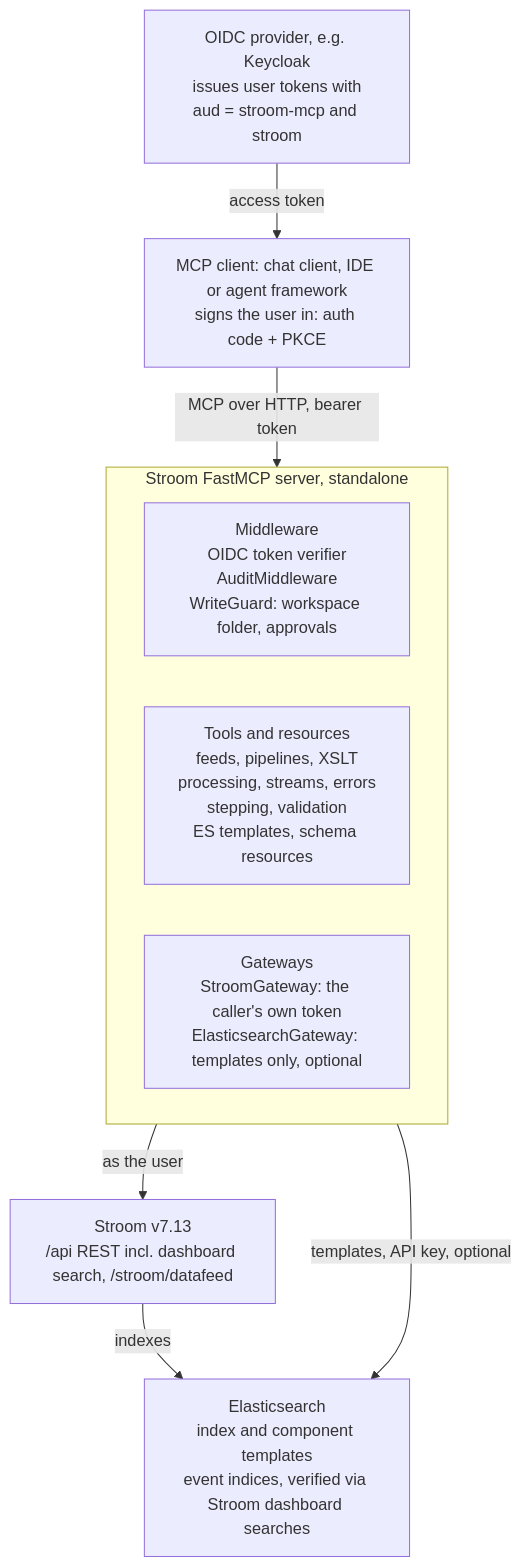
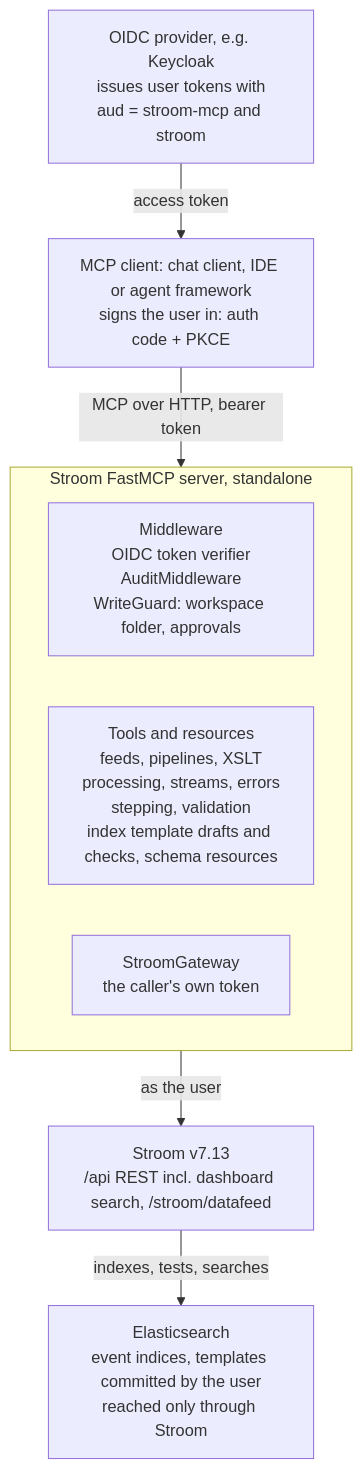
One commit to gradata-systems/stroom-fastmcp-server changed the second of 2 diagrams in docs/DESIGN.md. Above: the diagram before and after it, drawn with Mermaid. The commit also changed other lines of this file and 28 other files, not shown here.

First line of the commit message:
Reach Elasticsearch only through Stroom

````diff
--- a/docs/DESIGN.md
+++ b/docs/DESIGN.md
@@ -155,17 +155,16 @@
 ```mermaid
 flowchart TB
     client[MCP client: chat client, IDE or agent framework<br/>signs the user in: auth code + PKCE]
     kc[OIDC provider, e.g. Keycloak<br/>issues user tokens with<br/>aud = stroom-mcp and stroom]
     subgraph server[Stroom FastMCP server, standalone]
         mw[Middleware<br/>OIDC token verifier<br/>AuditMiddleware<br/>WriteGuard: workspace folder, approvals]
-        tools[Tools and resources<br/>feeds, pipelines, XSLT<br/>processing, streams, errors<br/>stepping, validation<br/>ES templates, schema resources]
-        gw[Gateways<br/>StroomGateway: the caller's own token<br/>ElasticsearchGateway: templates only, optional]
+        tools[Tools and resources<br/>feeds, pipelines, XSLT<br/>processing, streams, errors<br/>stepping, validation<br/>index template drafts and checks, schema resources]
+        gw[StroomGateway<br/>the caller's own token]
     end
     stroom[Stroom v7.13<br/>/api REST incl. dashboard search, /stroom/datafeed]
-    es[Elasticsearch<br/>index and component templates<br/>event indices, verified via Stroom dashboard searches]
+    es[Elasticsearch<br/>event indices, templates committed by the user<br/>reached only through Stroom]
     kc -- access token --> client
     client -- MCP over HTTP, bearer token --> server
     server -- as the user --> stroom
-    server -- templates, API key, optional --> es
-    stroom -- indexes --> es
+    stroom -- indexes, tests, searches --> es
 ```
````
